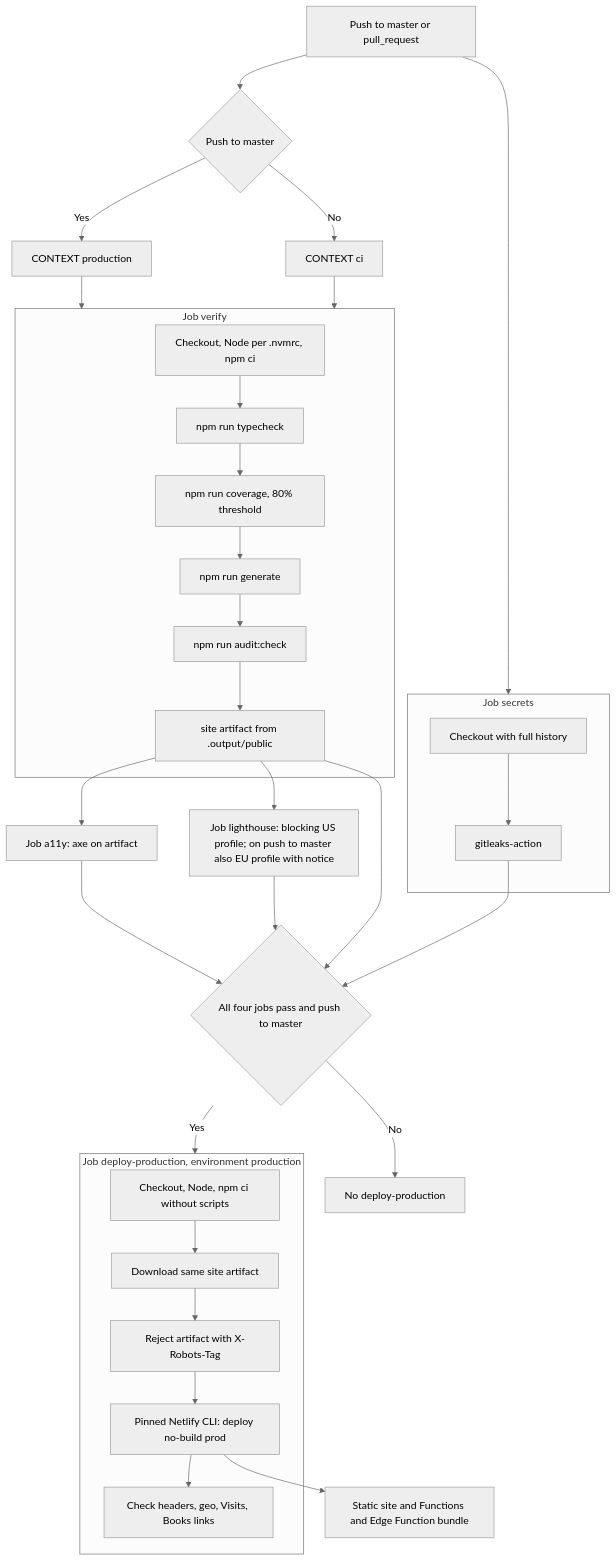
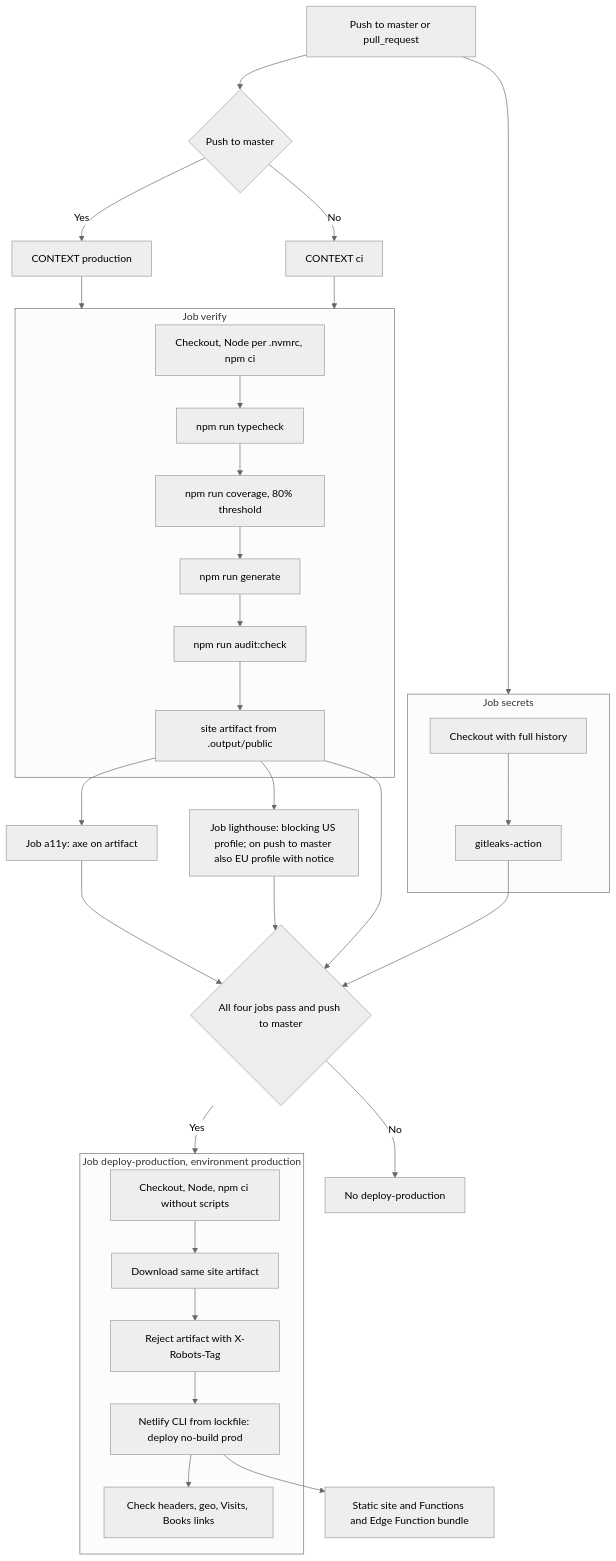
The diagram in docs/deployment.md (mauriz3/my-cv), drawn with Mermaid (neutral theme) before and after one commit. The commit also changed other lines of this file and 30 other files, not shown here.

````diff
--- a/docs/deployment.md
+++ b/docs/deployment.md
@@ -10,34 +11,34 @@
 ```mermaid
 flowchart TD
   Evento[Push to master or pull_request] --> Contexto{Push to master}
   Contexto -->|Yes| Produccion[CONTEXT production]
   Contexto -->|No| CIContext[CONTEXT ci]
   Produccion --> Verify
   CIContext --> Verify
   Evento --> Secrets
   subgraph Verify[Job verify]
     Install[Checkout, Node per .nvmrc, npm ci] --> Typecheck[npm run typecheck]
     Typecheck --> Coverage[npm run coverage, 80% threshold]
     Coverage --> Generate[npm run generate]
     Generate --> Audit[npm run audit:check]
     Audit --> Artifact[site artifact from .output/public]
   end
   subgraph Secrets[Job secrets]
     History[Checkout with full history] --> Gitleaks[gitleaks-action]
   end
   Artifact --> A11y[Job a11y: axe on artifact]
   Artifact --> Lighthouse[Job lighthouse: blocking US profile; on push to master also EU profile with notice]
   A11y --> Gate{All four jobs pass and push to master}
   Lighthouse --> Gate
   Artifact --> Gate
   Gitleaks --> Gate
   Gate -->|No| Fin[No deploy-production]
   Gate -->|Yes| Deploy
   subgraph Deploy[Job deploy-production, environment production]
     Code[Checkout, Node, npm ci without scripts] --> Download[Download same site artifact]
     Download --> Check[Reject artifact with X-Robots-Tag]
-    Check --> Publish[Pinned Netlify CLI: deploy no-build prod]
+    Check --> Publish[Netlify CLI from lockfile: deploy no-build prod]
     Publish --> Smoke[Check headers, geo, Visits, Books links]
   end
   Publish --> Netlify[Static site and Functions and Edge Function bundle]
 ```
````
